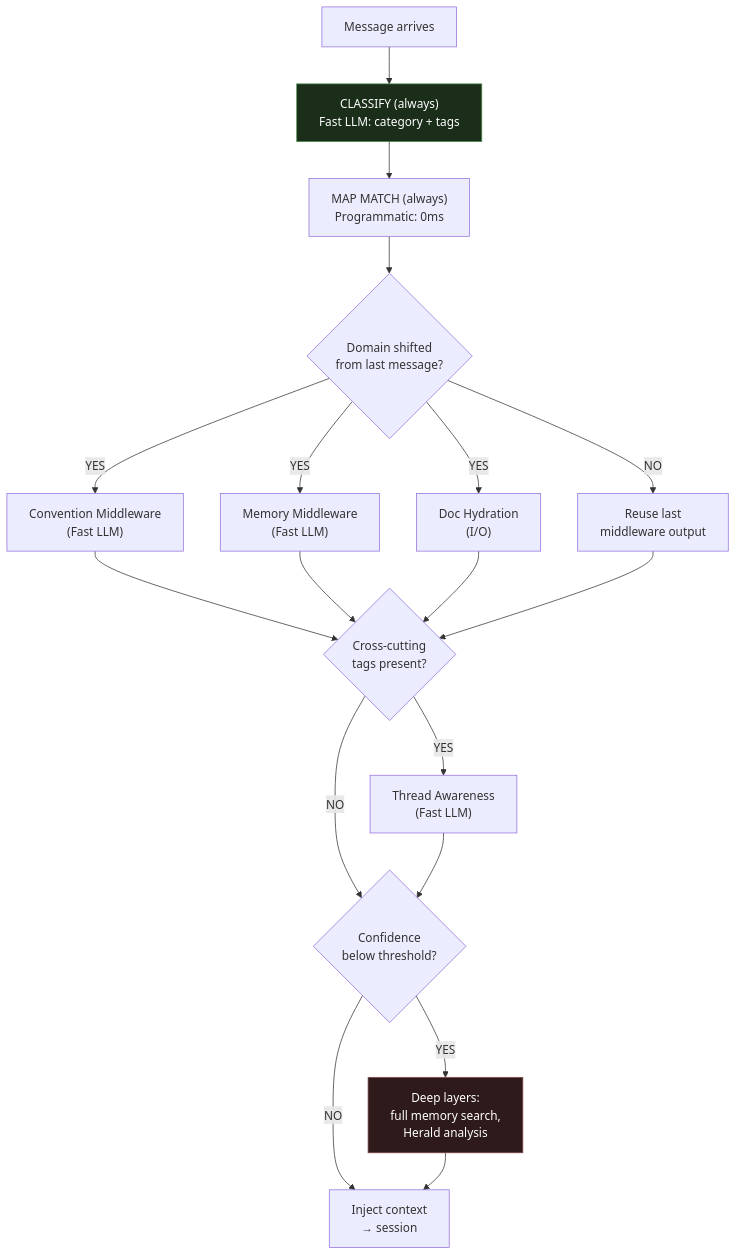
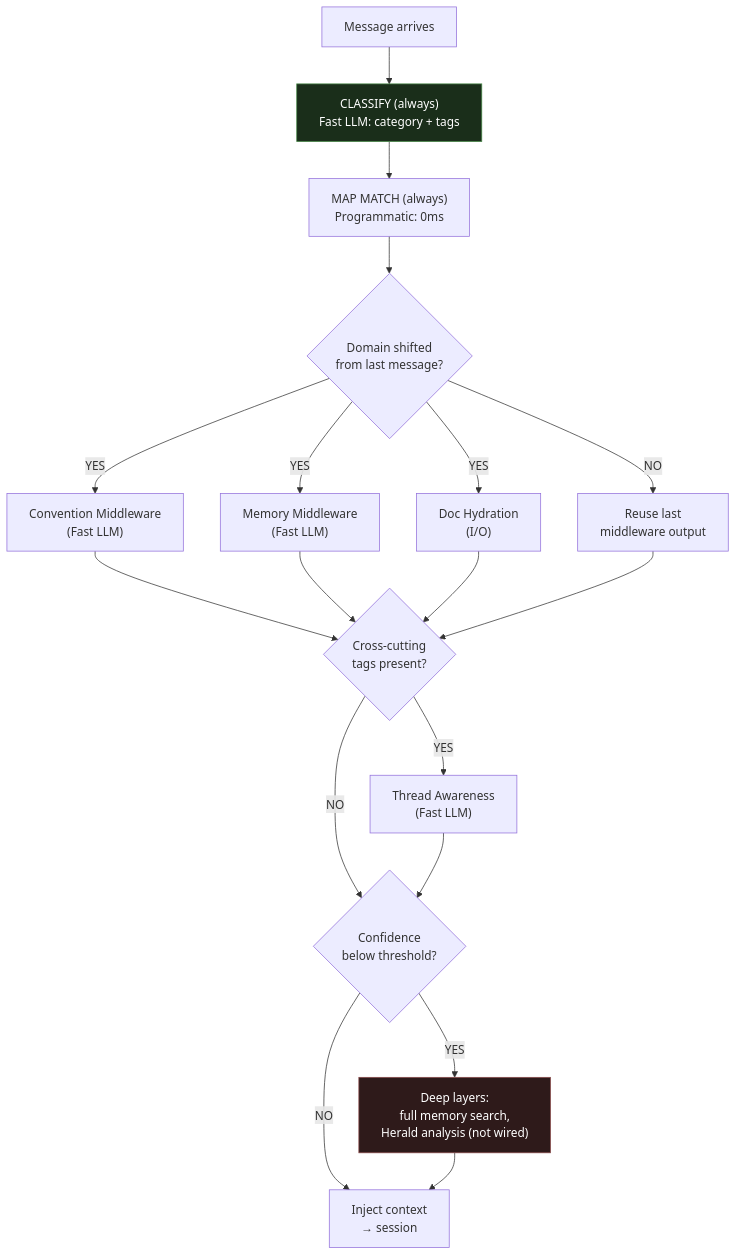
Before and after one commit to inixiative/foundry: the first of 7 diagrams in docs/FLOW.md, drawn with Mermaid. The commit also changed other lines of this file and 17 other files, not shown here.

````diff
--- a/docs/FLOW.md
+++ b/docs/FLOW.md
@@ -169,41 +171,41 @@
 ```mermaid
 flowchart TB
     MSG["Message arrives"]
     CLASSIFY["CLASSIFY (always)\nFast LLM: category + tags"]
     MAP["MAP MATCH (always)\nProgrammatic: 0ms"]
 
     SHIFTED{"Domain shifted\nfrom last message?"}
     CONV["Convention Middleware\n(Fast LLM)"]
     MEM["Memory Middleware\n(Fast LLM)"]
     DOC["Doc Hydration\n(I/O)"]
     REUSE["Reuse last\nmiddleware output"]
 
     CROSS{"Cross-cutting\ntags present?"}
     THREAD["Thread Awareness\n(Fast LLM)"]
 
     LOW_CONF{"Confidence\nbelow threshold?"}
-    DEEP["Deep layers:\nfull memory search,\nHerald analysis"]
+    DEEP["Deep layers:\nfull memory search,\nHerald analysis (not wired)"]
 
     INJECT["Inject context\n→ session"]
 
     MSG --> CLASSIFY
     CLASSIFY --> MAP
     MAP --> SHIFTED
     SHIFTED -->|"YES"| CONV
     SHIFTED -->|"YES"| MEM
     SHIFTED -->|"YES"| DOC
     SHIFTED -->|"NO"| REUSE
     CONV --> CROSS
     MEM --> CROSS
     DOC --> CROSS
     REUSE --> CROSS
     CROSS -->|"YES"| THREAD
     CROSS -->|"NO"| LOW_CONF
     THREAD --> LOW_CONF
     LOW_CONF -->|"YES"| DEEP
     LOW_CONF -->|"NO"| INJECT
     DEEP --> INJECT
 
     style CLASSIFY fill:#1a2e1a,stroke:#4a8a4a,color:#fff
     style DEEP fill:#2e1a1a,stroke:#8a4a4a,color:#fff
 ```
````
